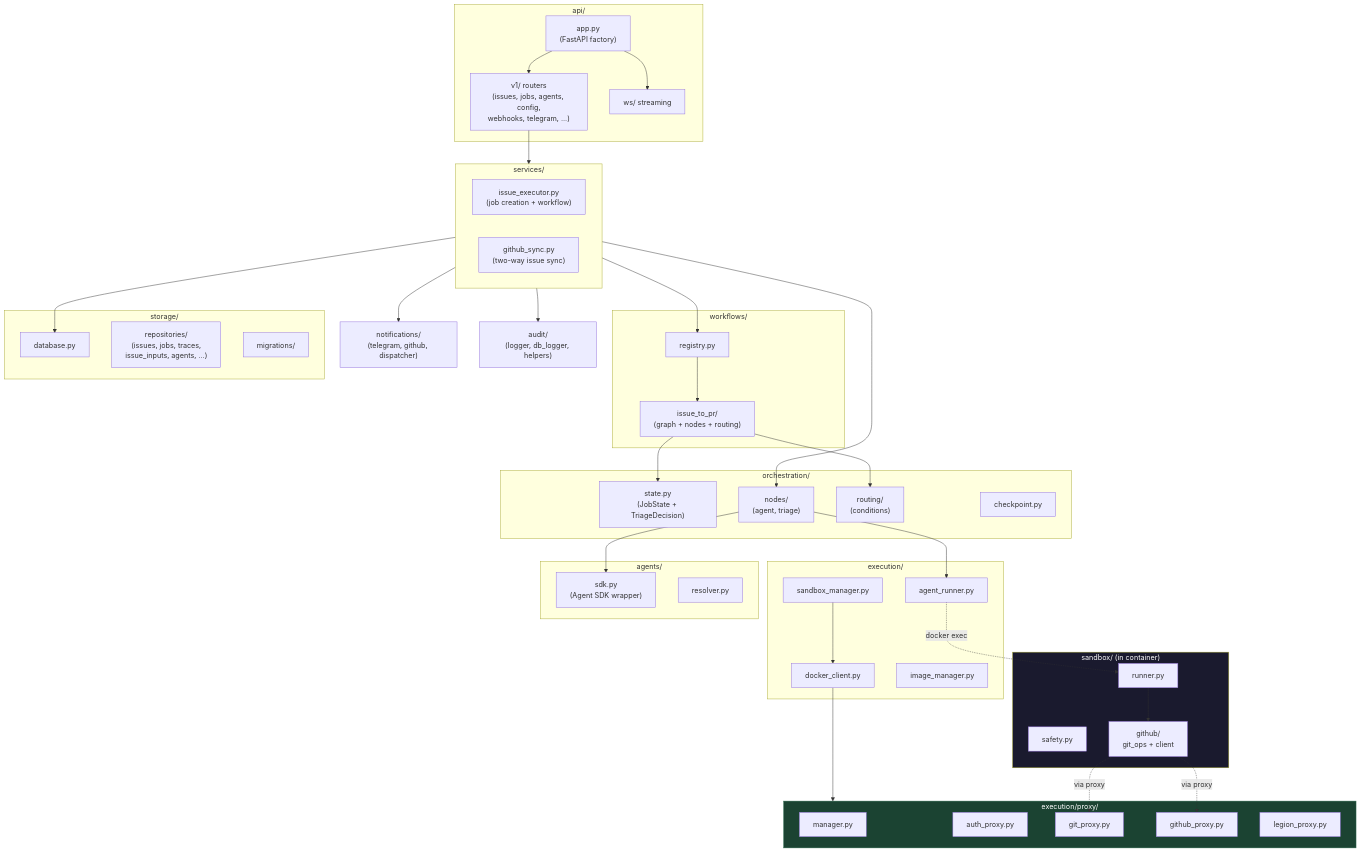
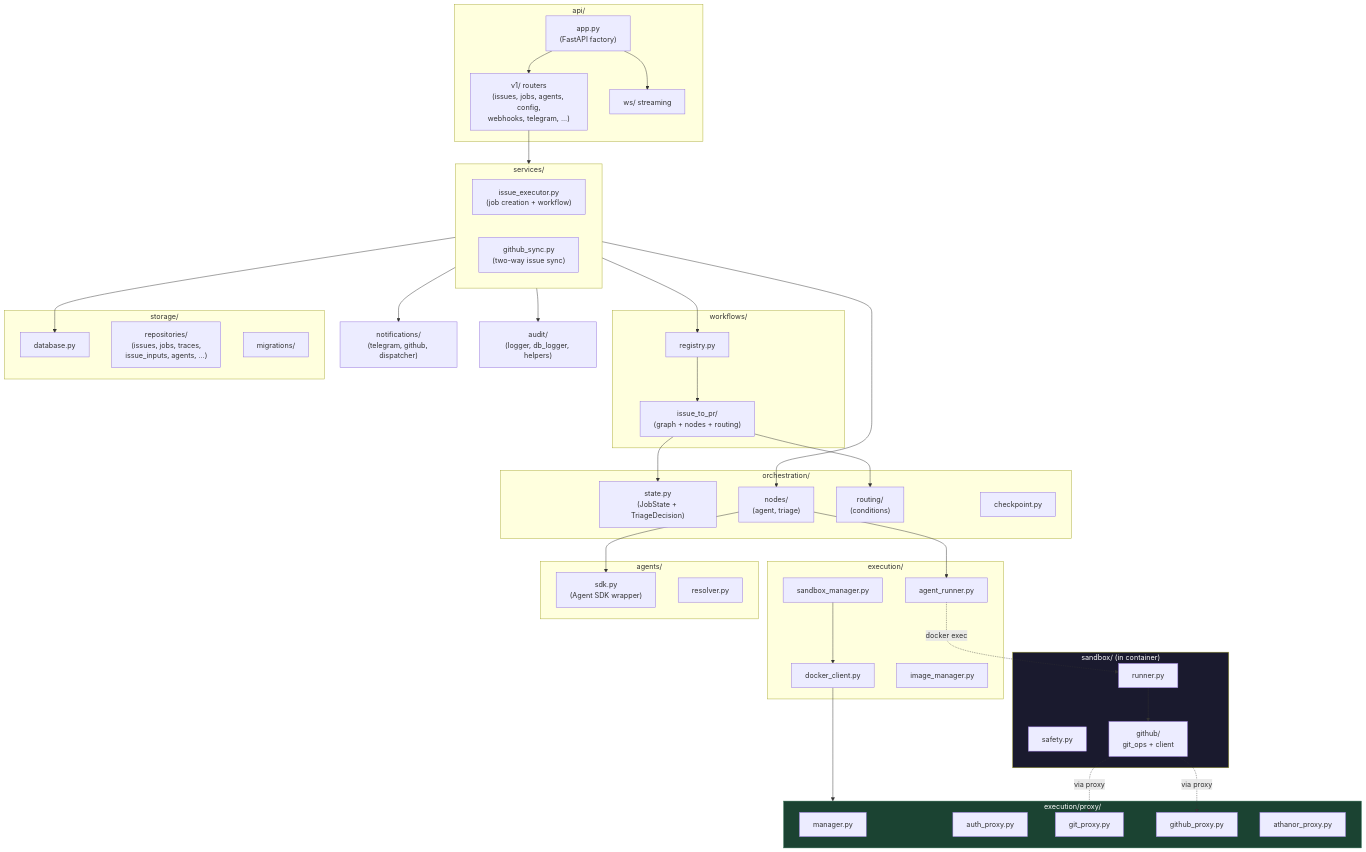
The ninth of 10 diagrams in docs/architecture.md (sudoTomas/embry0), drawn with Mermaid before and after one commit. The commit also changed other lines of this file and 2 other files, not shown here.

First line of the commit message:
docs: rename Legion → embry0 across active documentation

```diff
--- a/docs/architecture.md
+++ b/docs/architecture.md
@@ -784,7 +784,7 @@
         APR["auth_proxy.py"]
         GPR["git_proxy.py"]
         GHPR["github_proxy.py"]
-        LPR["legion_proxy.py"]
+        LPR["athanor_proxy.py"]
     end
 
     subgraph Sandbox["sandbox/ (in container)"]
```
